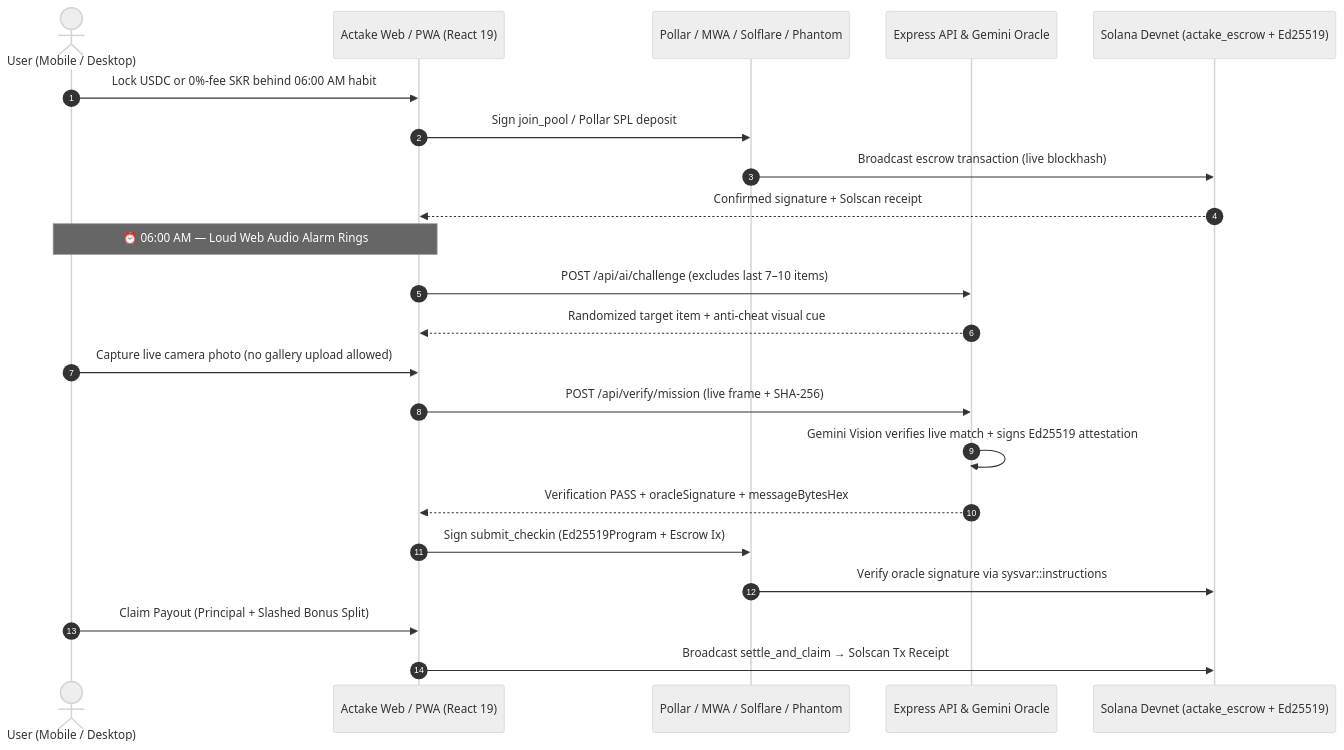
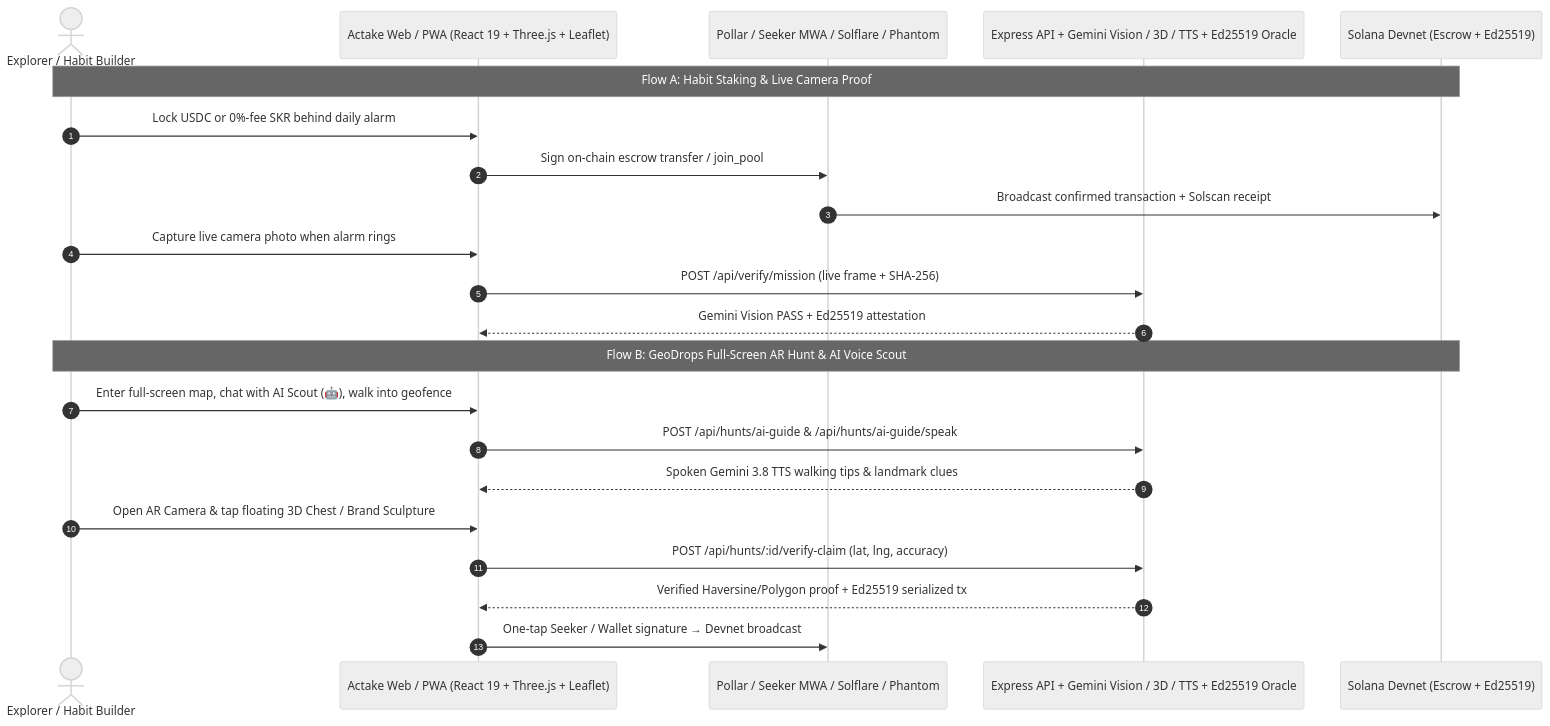
One commit to emyrax/Actake changed the diagram in README.md. Above: the diagram before and after it, drawn with Mermaid (neutral theme). The commit also changed other lines of this file and 20 other files, not shown here.

First line of the commit message:
feat: integrate GeoDrops AR scavenger hunt system

````diff
--- a/README.md
+++ b/README.md
@@ -227,27 +247,26 @@
 ```mermaid
 sequenceDiagram
     autonumber
-    actor User as User (Mobile / Desktop)
-    participant App as Actake Web / PWA (React 19)
-    participant Wallet as Pollar / MWA / Solflare / Phantom
-    participant Server as Express API & Gemini Oracle
-    participant Chain as Solana Devnet (actake_escrow + Ed25519)
+    actor User as Explorer / Habit Builder
+    participant App as Actake Web / PWA (React 19 + Three.js + Leaflet)
+    participant Wallet as Pollar / Seeker MWA / Solflare / Phantom
+    participant Server as Express API + Gemini Vision / 3D / TTS + Ed25519 Oracle
+    participant Chain as Solana Devnet (Escrow + Ed25519)
 
-    User->>App: Lock USDC or 0%-fee SKR behind 06:00 AM habit
-    App->>Wallet: Sign join_pool / Pollar SPL deposit
-    Wallet->>Chain: Broadcast escrow transaction (live blockhash)
-    Chain-->>App: Confirmed signature + Solscan receipt
+    Note over User,Chain: Flow A: Habit Staking & Live Camera Proof
+    User->>App: Lock USDC or 0%-fee SKR behind daily alarm
+    App->>Wallet: Sign on-chain escrow transfer / join_pool
+    Wallet->>Chain: Broadcast confirmed transaction + Solscan receipt
+    User->>App: Capture live camera photo when alarm rings
+    App->>Server: POST /api/verify/mission (live frame + SHA-256)
+    Server-->>App: Gemini Vision PASS + Ed25519 attestation
 
-    Note over User,App: ⏰ 06:00 AM — Loud Web Audio Alarm Rings
-    App->>Server: POST /api/ai/challenge (excludes last 7–10 items)
-    Server-->>App: Randomized target item + anti-cheat visual cue
-    User->>App: Capture live camera photo (no gallery upload allowed)
-    App->>Server: POST /api/verify/mission (live frame + SHA-256)
-    Server->>Server: Gemini Vision verifies live match + signs Ed25519 attestation
-    Server-->>App: Verification PASS + oracleSignature + messageBytesHex
-
-    App->>Wallet: Sign submit_checkin (Ed25519Program + Escrow Ix)
-    Wallet->>Chain: Verify oracle signature via sysvar::instructions
-    User->>App: Claim Payout (Principal + Slashed Bonus Split)
-    App->>Chain: Broadcast settle_and_claim → Solscan Tx Receipt
+    Note over User,Chain: Flow B: GeoDrops Full-Screen AR Hunt & AI Voice Scout
+    User->>App: Enter full-screen map, chat with AI Scout (🤖), walk into geofence
+    App->>Server: POST /api/hunts/ai-guide & /api/hunts/ai-guide/speak
+    Server-->>App: Spoken Gemini 3.8 TTS walking tips & landmark clues
+    User->>App: Open AR Camera & tap floating 3D Chest / Brand Sculpture
+    App->>Server: POST /api/hunts/:id/verify-claim (lat, lng, accuracy)
+    Server-->>App: Verified Haversine/Polygon proof + Ed25519 serialized tx
+    App->>Wallet: One-tap Seeker / Wallet signature → Devnet broadcast
 ```
````
